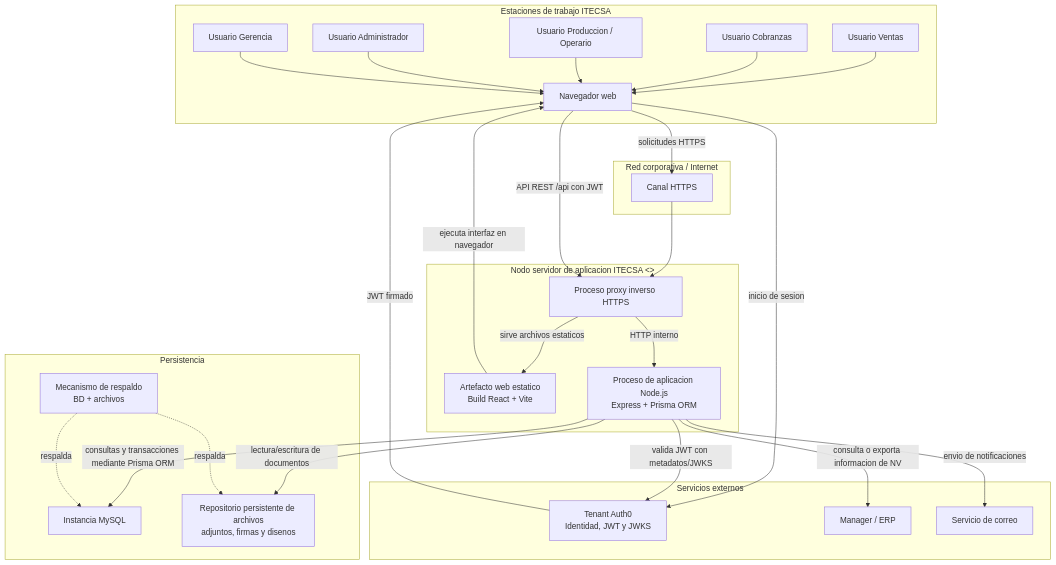
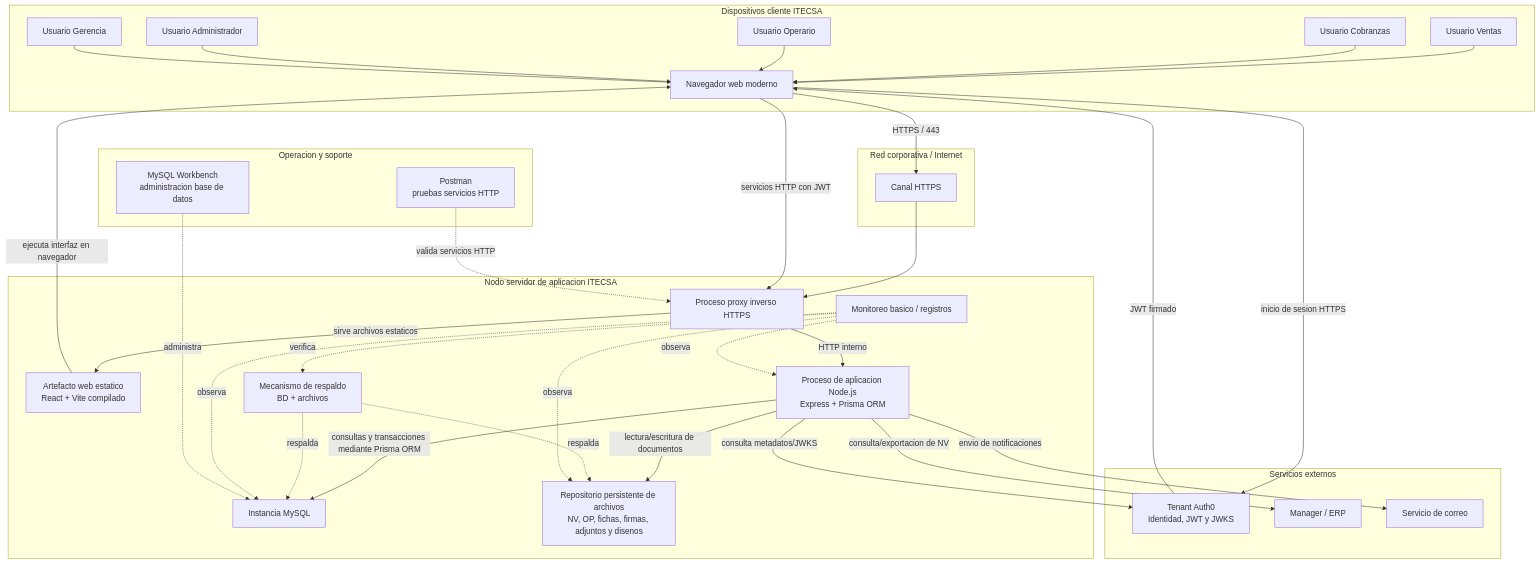
The diagram in docs/Arquitectura/Diagrama_de_despliegue.md (Grupo10ingsoftware/itecsa-docs), drawn with Mermaid before and after one commit. The commit also changed other lines of this file and 3 other files, not shown here.

Commit message:
Normalize architecture diagrams and docs

````diff
--- a/docs/Arquitectura/Diagrama_de_despliegue.md
+++ b/docs/Arquitectura/Diagrama_de_despliegue.md
@@ -49,58 +79,67 @@
 ```mermaid
 flowchart TD
-    subgraph Usuarios["Estaciones de trabajo ITECSA"]
+    subgraph Usuarios["Dispositivos cliente ITECSA"]
         Ventas["Usuario Ventas"]
         Cobranzas["Usuario Cobranzas"]
-        Produccion["Usuario Produccion / Operario"]
+        Operario["Usuario Operario"]
         Administrador["Usuario Administrador"]
         Gerencia["Usuario Gerencia"]
-        Navegador["Navegador web"]
+        Navegador["Navegador web moderno"]
     end
 
     subgraph Red["Red corporativa / Internet"]
         HTTPS["Canal HTTPS"]
     end
 
-    subgraph NodoApp["Nodo servidor de aplicacion ITECSA <<suposición: VM o servidor centralizado para el primer despliegue>>"]
-        Proxy["Proceso proxy inverso HTTPS"]
-        WebBundle["Artefacto web estatico\nBuild React + Vite"]
+    subgraph NodoApp["Nodo servidor de aplicacion ITECSA"]
+        ProxyInverso["Proceso proxy inverso HTTPS"]
+        ArtefactoWeb["Artefacto web estatico\nReact + Vite compilado"]
         NodeApp["Proceso de aplicacion Node.js\nExpress + Prisma ORM"]
-    end
-
-    subgraph Persistencia["Persistencia"]
         MySQL["Instancia MySQL"]
-        Archivos["Repositorio persistente de archivos\nadjuntos, firmas y disenos"]
+        Archivos["Repositorio persistente de archivos\nNV, OP, fichas, firmas, adjuntos y disenos"]
         Respaldos["Mecanismo de respaldo\nBD + archivos"]
+        Registros["Monitoreo basico / registros"]
     end
 
     subgraph ServiciosExternos["Servicios externos"]
         Auth0["Tenant Auth0\nIdentidad, JWT y JWKS"]
         Manager["Manager / ERP"]
         Correo["Servicio de correo"]
     end
 
+    subgraph Operacion["Operacion y soporte"]
+        Postman["Postman\npruebas servicios HTTP"]
+        Workbench["MySQL Workbench\nadministracion base de datos"]
+    end
+
     Ventas --> Navegador
     Cobranzas --> Navegador
-    Produccion --> Navegador
+    Operario --> Navegador
     Administrador --> Navegador
     Gerencia --> Navegador
 
-    Navegador -->|"solicitudes HTTPS"| HTTPS
-    HTTPS --> Proxy
-    Proxy -->|"sirve archivos estaticos"| WebBundle
-    WebBundle -->|"ejecuta interfaz en navegador"| Navegador
-    Navegador -->|"API REST /api con JWT"| Proxy
-    Proxy -->|"HTTP interno"| NodeApp
+    Navegador -->|"HTTPS / 443"| HTTPS
+    HTTPS --> ProxyInverso
+    ProxyInverso -->|"sirve archivos estaticos"| ArtefactoWeb
+    ArtefactoWeb -->|"ejecuta interfaz en navegador"| Navegador
+    Navegador -->|"servicios HTTP con JWT"| ProxyInverso
+    ProxyInverso -->|"HTTP interno"| NodeApp
 
-    Navegador -->|"inicio de sesion"| Auth0
+    Navegador -->|"inicio de sesion HTTPS"| Auth0
     Auth0 -->|"JWT firmado"| Navegador
-    NodeApp -->|"valida JWT con metadatos/JWKS"| Auth0
+    NodeApp -->|"consulta metadatos/JWKS"| Auth0
 
     NodeApp -->|"consultas y transacciones mediante Prisma ORM"| MySQL
     NodeApp -->|"lectura/escritura de documentos"| Archivos
-    NodeApp -->|"consulta o exporta informacion de NV"| Manager
+    NodeApp -->|"consulta/exportacion de NV"| Manager
     NodeApp -->|"envio de notificaciones"| Correo
 
     Respaldos -. respalda .-> MySQL
     Respaldos -. respalda .-> Archivos
+    Registros -. observa .-> NodeApp
+    Registros -. observa .-> MySQL
+    Registros -. observa .-> Archivos
+    Registros -. verifica .-> Respaldos
+    Postman -. valida servicios HTTP .-> ProxyInverso
+    Workbench -. administra .-> MySQL
 ```
````
